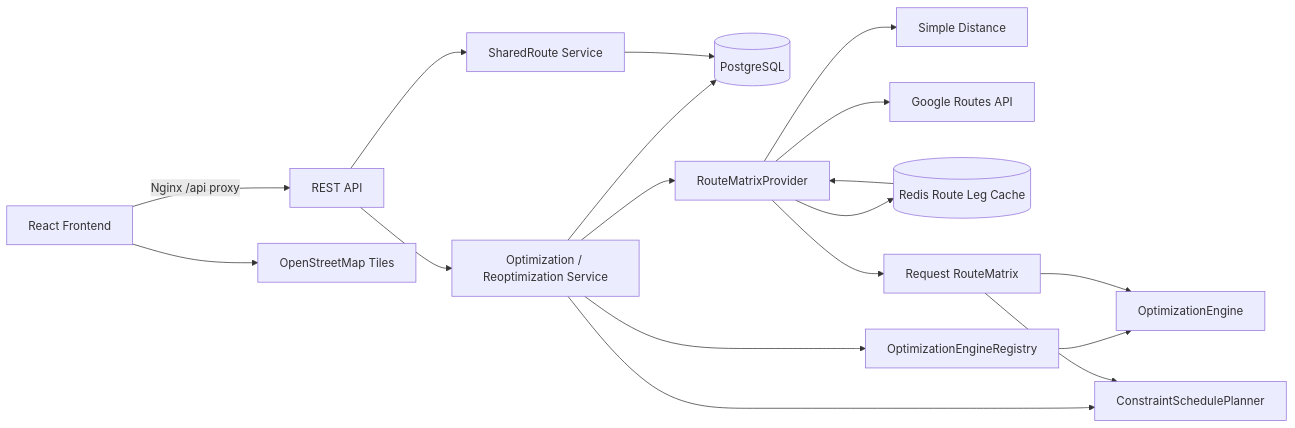
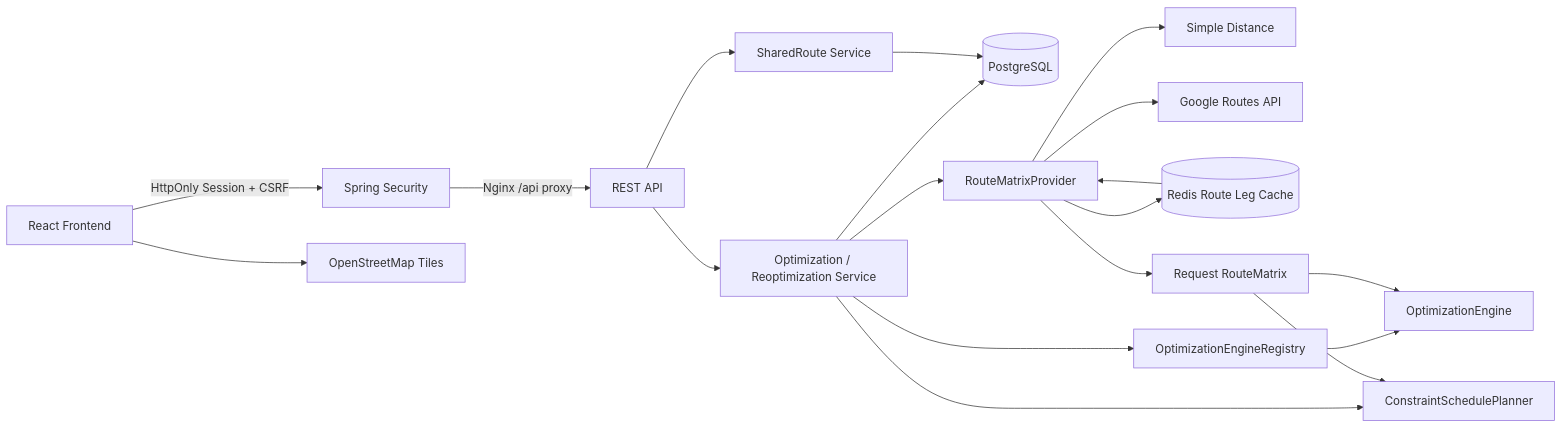
Before and after one commit to sungjuun/RoutePlan: the first of 2 diagrams in README.md, drawn with Mermaid. The commit also changed other lines of this file and 42 other files, not shown here.

````diff
--- a/README.md
+++ b/README.md
@@ -166,20 +177,21 @@
 ```mermaid
 flowchart LR
-    WEB[React Frontend] -->|Nginx /api proxy| API[REST API]
+    WEB[React Frontend] -->|HttpOnly Session + CSRF| SECURITY[Spring Security]
+    SECURITY -->|Nginx /api proxy| API[REST API]
     WEB --> OSM[OpenStreetMap Tiles]
     API --> APP[Optimization / Reoptimization Service]
     API --> COMMUNITY[SharedRoute Service]
     APP --> DB[(PostgreSQL)]
     COMMUNITY --> DB
     APP --> MATRIX[RouteMatrixProvider]
     MATRIX --> SIMPLE[Simple Distance]
     MATRIX --> GOOGLE[Google Routes API]
     MATRIX --> CACHE[(Redis Route Leg Cache)]
     CACHE --> MATRIX
     APP --> REGISTRY[OptimizationEngineRegistry]
     REGISTRY --> ENGINE[OptimizationEngine]
     MATRIX --> ROUTE[Request RouteMatrix]
     ROUTE --> ENGINE
     APP --> PLANNER[ConstraintSchedulePlanner]
     ROUTE --> PLANNER
 ```
````
